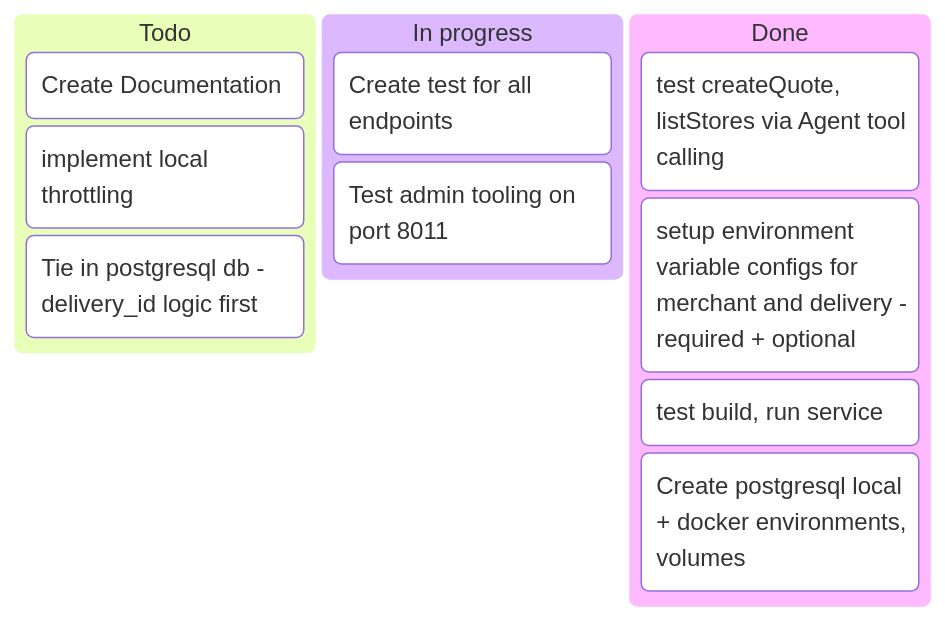
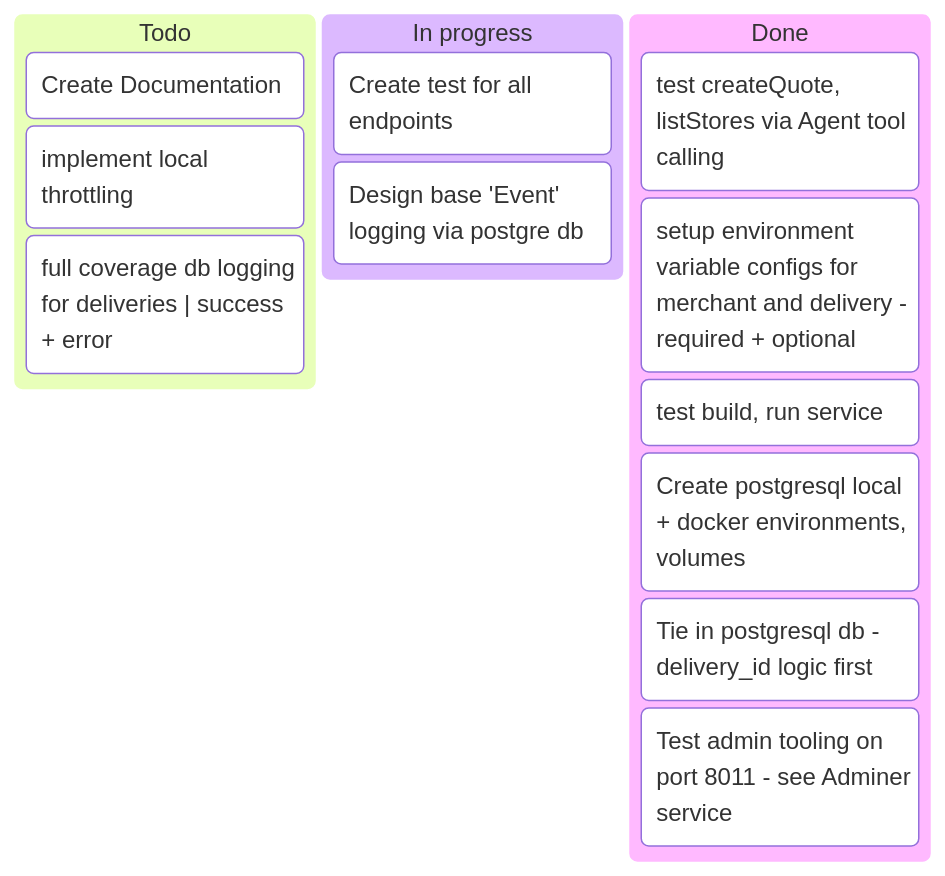
Before and after one commit to entitycs/doordash-driver-fastapi: the diagram in README.md, drawn with Mermaid. The commit also changed other lines of this file, not shown here.

Commit message:
Update README.md
Added image showing expected minimal postgreSQL db -- admin on port 8011

````diff
--- a/README.md
+++ b/README.md
@@ -36,20 +39,22 @@
 ```mermaid
 ---
 config:
   kanban:
     ticketBaseUrl: 'https://mermaidchart.atlassian.net/browse/#TICKET#'
 ---
 kanban
   Todo
     [Create Documentation]
     id7[implement local throttling]
-    id8[Tie in postgresql db - delivery_id logic first]
+    id12[full coverage db logging for deliveries | success + error]
   [In progress]
     id6[Create test for all endpoints]
-    id10[Test admin tooling on port 8011]
+    id11[Design base 'Event' logging via postgre db]
   id11[Done]
     id5[test createQuote, listStores via Agent tool calling]
     id2[setup environment variable configs for merchant and delivery - required + optional]
     id3[test build, run service]
     id9[Create postgresql local + docker environments, volumes]
+    id8[Tie in postgresql db - delivery_id logic first]
+    id10[Test admin tooling on port 8011 - see Adminer service]
 ```
````
